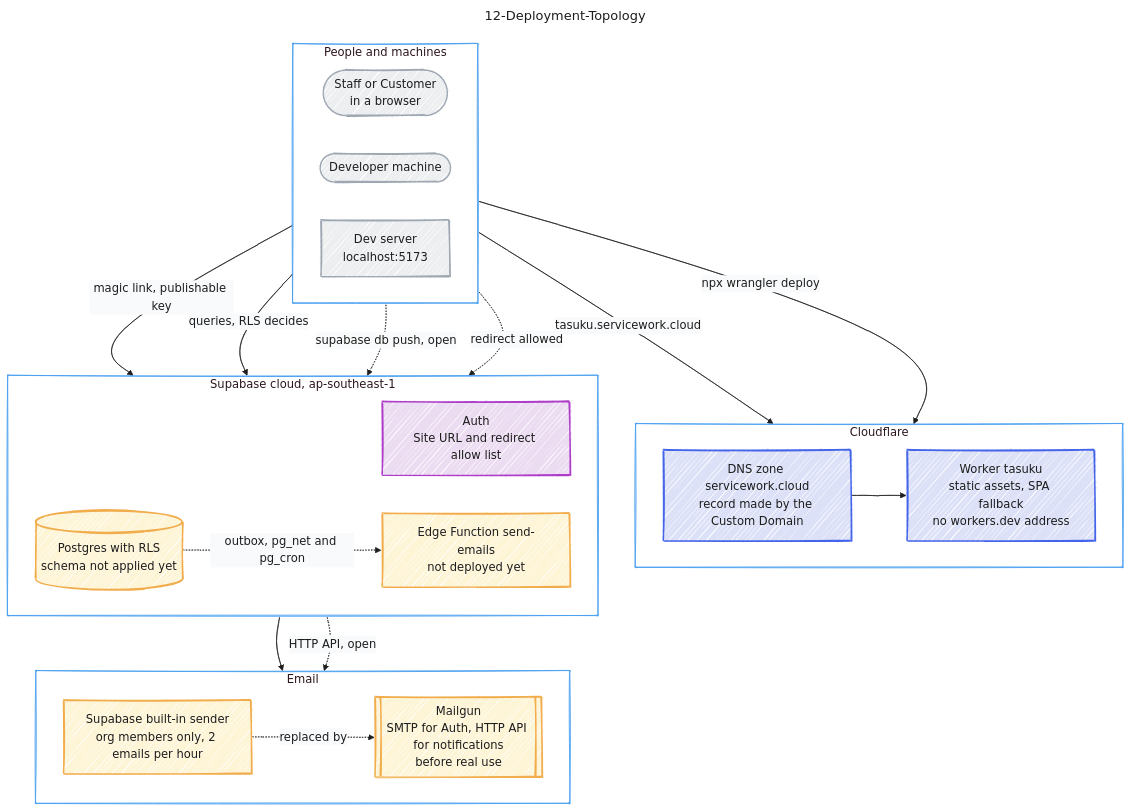
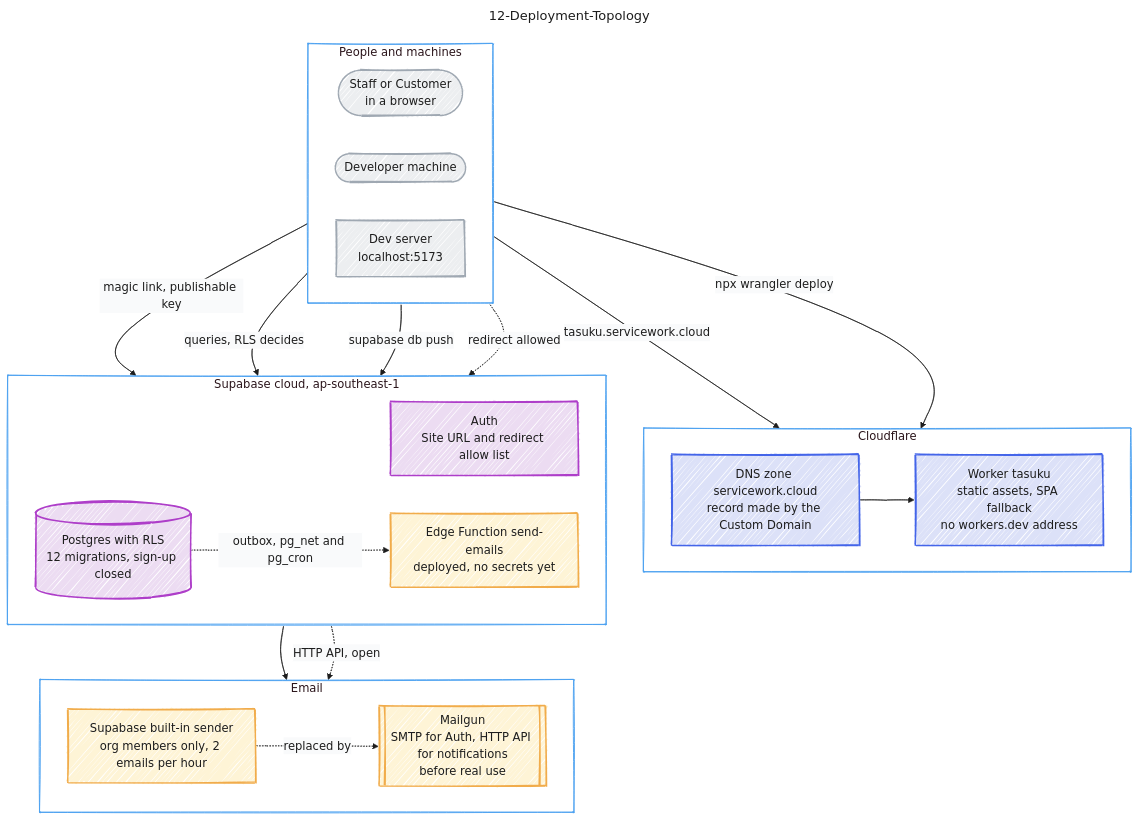
Before and after one commit to jedt3d/tasuku: the diagram in docs/diagram/12-Deployment-Topology.md, drawn with Mermaid. The commit also changed other lines of this file and 3 other files, not shown here.

First line of the commit message:
docs: sync the diagrams with the first deploy to the cloud (#13)

```diff
--- a/docs/diagram/12-Deployment-Topology.md
+++ b/docs/diagram/12-Deployment-Topology.md
@@ -93,8 +93,8 @@
   subgraph supa["Supabase cloud, ap-southeast-1"]
     direction LR
     auth["Auth<br/>Site URL and redirect allow list"]:::violet
-    db[("Postgres with RLS<br/>schema not applied yet")]:::yellow
-    fn["Edge Function send-emails<br/>not deployed yet"]:::yellow
+    db[("Postgres with RLS<br/>12 migrations, sign-up closed")]:::violet
+    fn["Edge Function send-emails<br/>deployed, no secrets yet"]:::yellow
   end
   subgraph mail["Email"]
     direction LR
@@ -110,7 +110,7 @@
   db -.->|"outbox, pg_net and pg_cron"| fn
   fn -.->|"HTTP API, open"| mailgun
   dev -->|"npx wrangler deploy"| worker
-  dev -.->|"supabase db push, open"| db
+  dev -->|"supabase db push"| db
   devserver -.->|"redirect allowed"| auth
 
   classDef blue    fill:#dce1f8,stroke:#4465e9,stroke-width:2px,color:#1d1d1d
```
